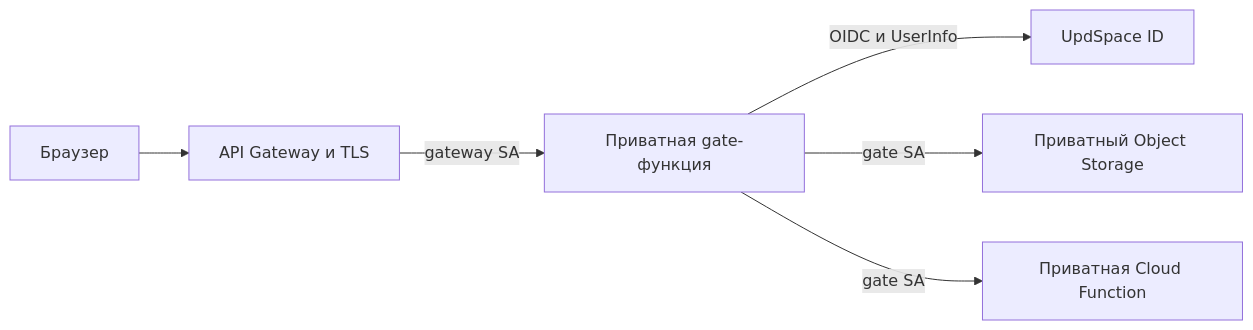
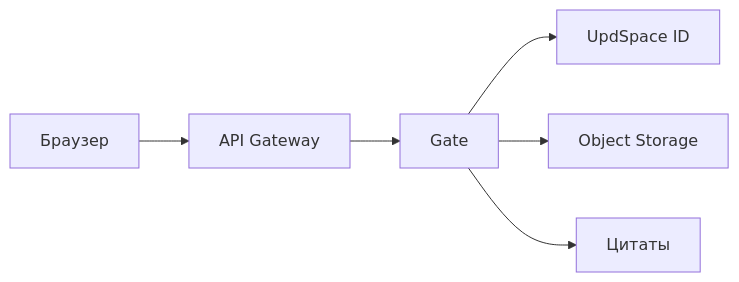
Before and after one commit to m4tveevm/etu_web: the diagram in infra/ARCHITECTURE.md, drawn with Mermaid. The commit also changed other lines of this file and 55 other files, not shown here.

````diff
--- a/infra/ARCHITECTURE.md
+++ b/infra/ARCHITECTURE.md
@@ -8,8 +5,8 @@
 ```mermaid
 flowchart LR
-    Browser[Браузер] --> Gateway[API Gateway и TLS]
-    Gateway -->|gateway SA| Gate[Приватная gate-функция]
-    Gate -->|OIDC и UserInfo| ID[UpdSpace ID]
-    Gate -->|gate SA| Storage[Приватный Object Storage]
-    Gate -->|gate SA| Quotes[Приватная Cloud Function]
+    Browser[Браузер] --> Gateway[API Gateway]
+    Gateway --> Gate[Gate]
+    Gate --> ID[UpdSpace ID]
+    Gate --> Storage[Object Storage]
+    Gate --> Quotes[Цитаты]
 ```
````
